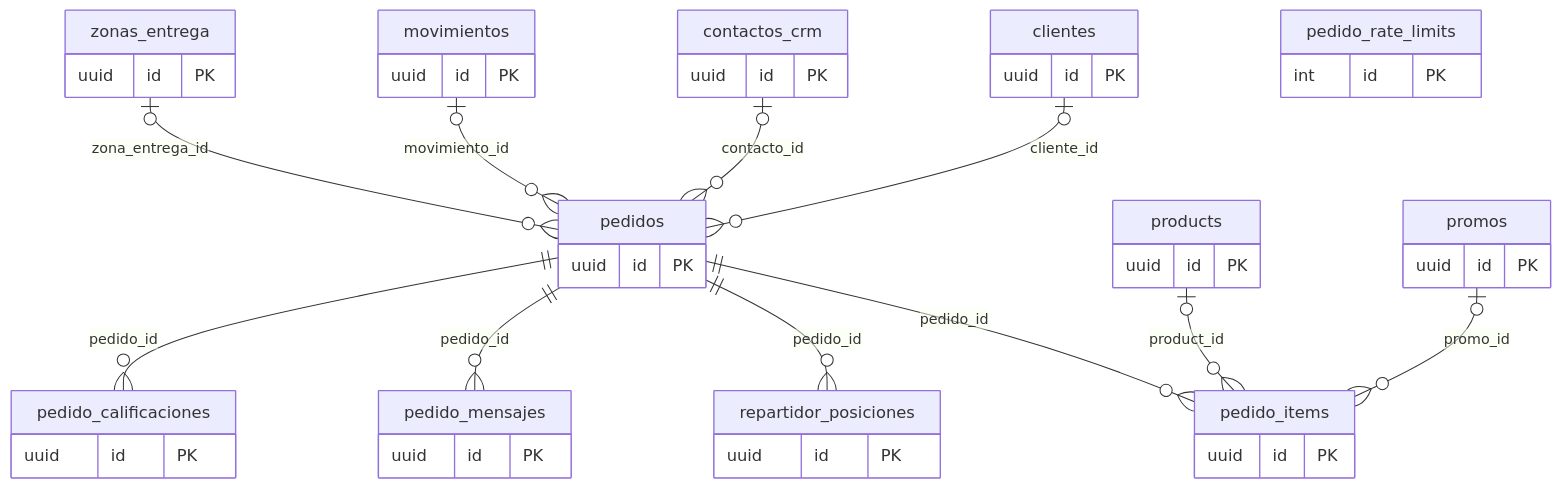
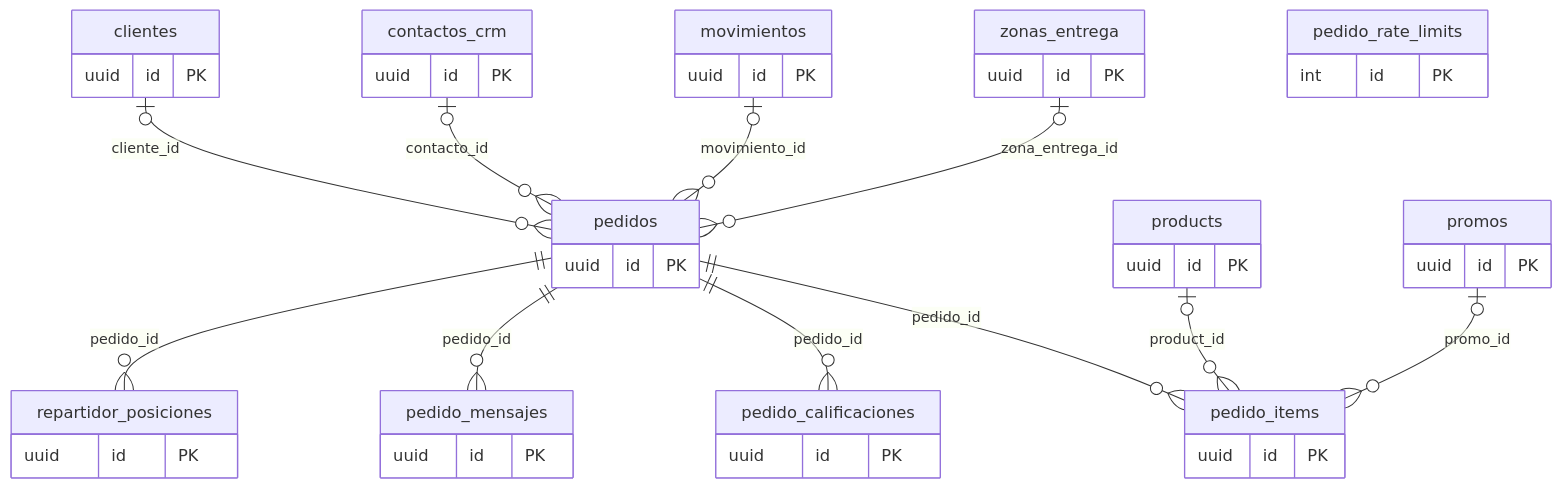
The seventh of 9 diagrams in docs/base-de-datos.md (gabriel-300/kioscos-ideia), drawn with Mermaid before and after one commit. The commit also changed other lines of this file and 28 other files, not shown here.

````diff
--- a/docs/base-de-datos.md
+++ b/docs/base-de-datos.md
@@ -1318,49 +1327,49 @@
 ```mermaid
 erDiagram
+  pedidos ||--o{ pedido_calificaciones : "pedido_id"
   pedidos ||--o{ pedido_items : "pedido_id"
-  pedidos ||--o{ repartidor_posiciones : "pedido_id"
   products |o--o{ pedido_items : "product_id"
   promos |o--o{ pedido_items : "promo_id"
   pedidos ||--o{ pedido_mensajes : "pedido_id"
   clientes |o--o{ pedidos : "cliente_id"
   contactos_crm |o--o{ pedidos : "contacto_id"
   movimientos |o--o{ pedidos : "movimiento_id"
   zonas_entrega |o--o{ pedidos : "zona_entrega_id"
-  pedidos ||--o{ pedido_calificaciones : "pedido_id"
+  pedidos ||--o{ repartidor_posiciones : "pedido_id"
   pedidos {
     uuid id PK
   }
   clientes {
     uuid id PK
   }
   pedido_items {
     uuid id PK
   }
   zonas_entrega {
     uuid id PK
   }
   pedido_calificaciones {
     uuid id PK
   }
   pedido_mensajes {
     uuid id PK
   }
   repartidor_posiciones {
     uuid id PK
   }
   pedido_rate_limits {
     int id PK
   }
   products {
     uuid id PK
   }
   promos {
     uuid id PK
   }
   contactos_crm {
     uuid id PK
   }
   movimientos {
     uuid id PK
   }
 ```
````
